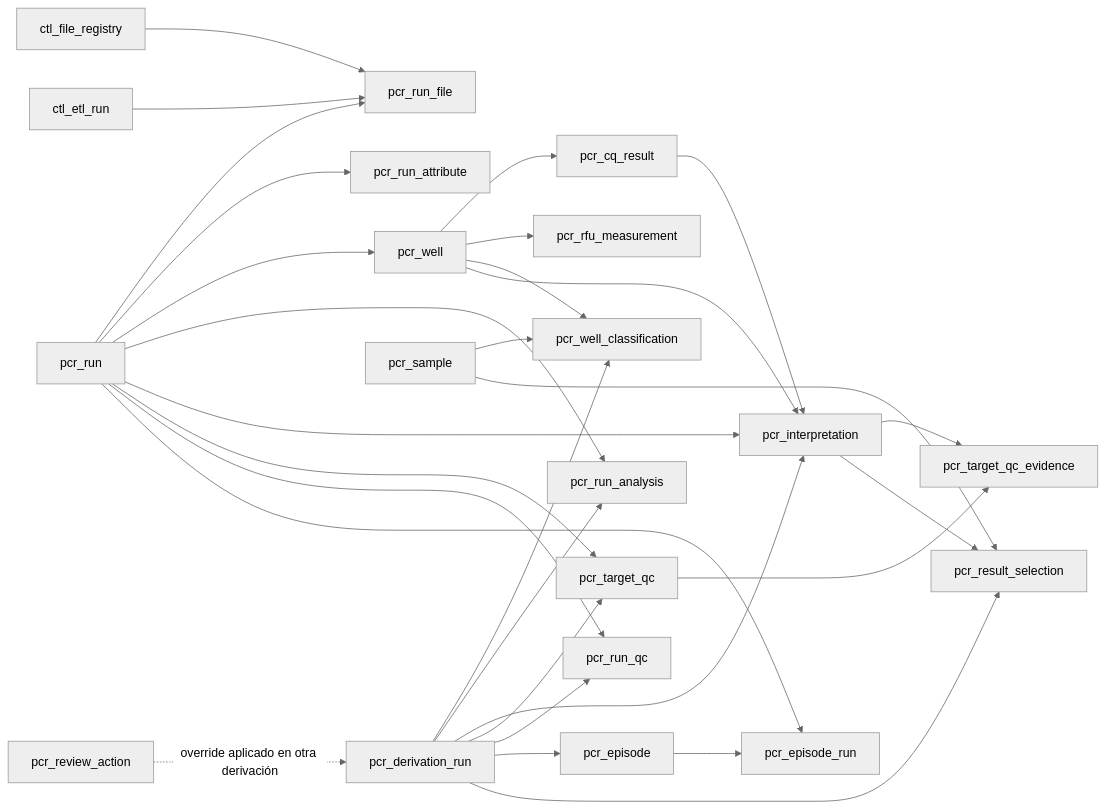
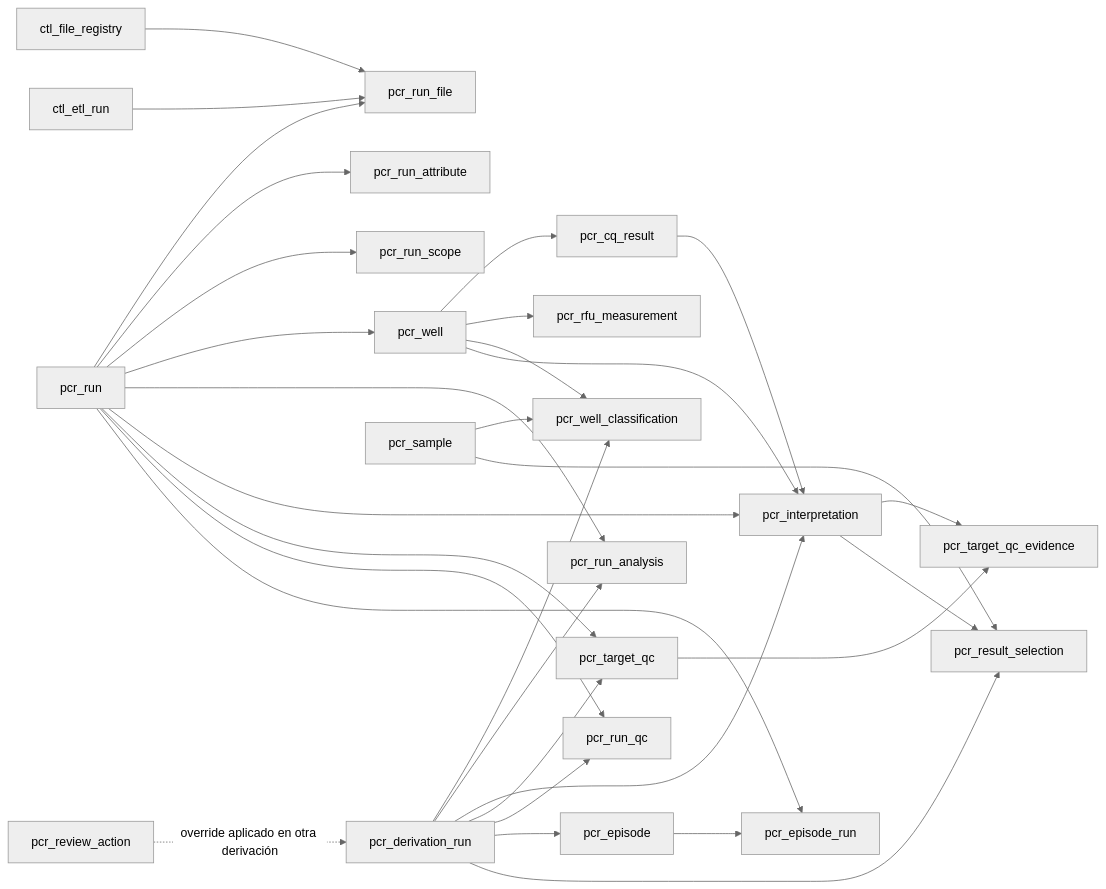
Before and after one commit to ibloise/fis_data: the diagram in docs/pcr-tables.md, drawn with Mermaid (neutral theme). The commit also changed other lines of this file and 9 other files, not shown here.

Commit message:
feat(pcr): classify experimental runs by analytical scope

````diff
--- a/docs/pcr-tables.md
+++ b/docs/pcr-tables.md
@@ -44,35 +44,36 @@
 ```mermaid
 flowchart LR
     F["ctl_file_registry"] --> RF["pcr_run_file"]
     E["ctl_etl_run"] --> RF
     R["pcr_run"] --> RF
     R --> A["pcr_run_attribute"]
+    R --> SCOPE["pcr_run_scope"]
     R --> W["pcr_well"]
     W --> CQ["pcr_cq_result"]
     W --> RFU["pcr_rfu_measurement"]
 
     D["pcr_derivation_run"] --> WC["pcr_well_classification"]
     D --> RA["pcr_run_analysis"]
     D --> I["pcr_interpretation"]
     D --> TQC["pcr_target_qc"]
     TQC --> TQCE["pcr_target_qc_evidence"]
     I --> TQCE
     D --> RQC["pcr_run_qc"]
     D --> EP["pcr_episode"]
     D --> RS["pcr_result_selection"]
 
     W --> WC
     S["pcr_sample"] --> WC
     R --> RA
     CQ --> I
     W --> I
     R --> I
     R --> TQC
     R --> RQC
     EP --> ER["pcr_episode_run"]
     R --> ER
     S --> RS
     I --> RS
 
     REV["pcr_review_action"] -. "override aplicado en otra derivación" .-> D
 ```
````
